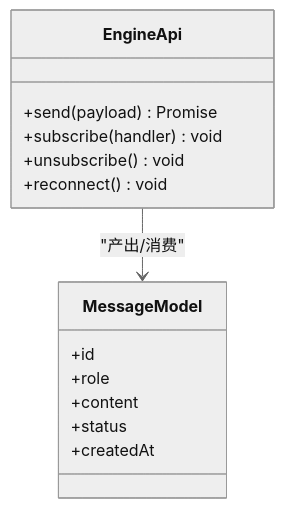
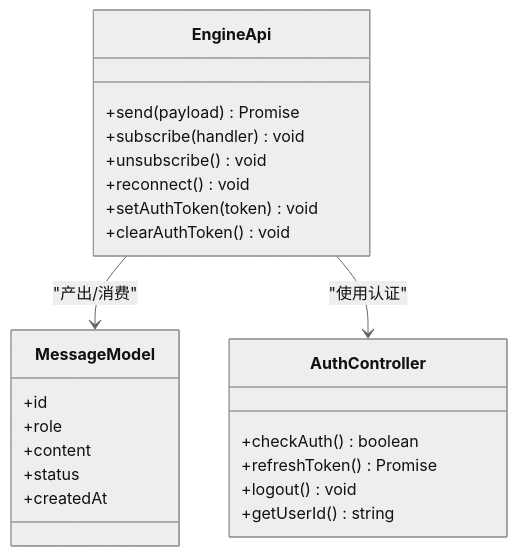
One commit to kkutysllb/KCoder changed the sixth of 8 diagrams in .qoder/repowiki/zh/content/前端架构/状态管理.md. Above: the diagram before and after it, drawn with Mermaid (neutral theme). The commit also changed other lines of this file and 141 other files, not shown here.

````diff
--- a/.qoder/repowiki/zh/content/前端架构/状态管理.md
+++ b/.qoder/repowiki/zh/content/前端架构/状态管理.md
@@ -217,17 +309,26 @@
 ```mermaid
 classDiagram
 class EngineApi {
 +send(payload) Promise
 +subscribe(handler) void
 +unsubscribe() void
 +reconnect() void
++setAuthToken(token) void
++clearAuthToken() void
 }
 class MessageModel {
 +id
 +role
 +content
 +status
 +createdAt
 }
+class AuthController {
++checkAuth() boolean
++refreshToken() Promise
++logout() void
++getUserId() string
+}
 EngineApi --> MessageModel : "产出/消费"
+EngineApi --> AuthController : "使用认证"
 ```
````
